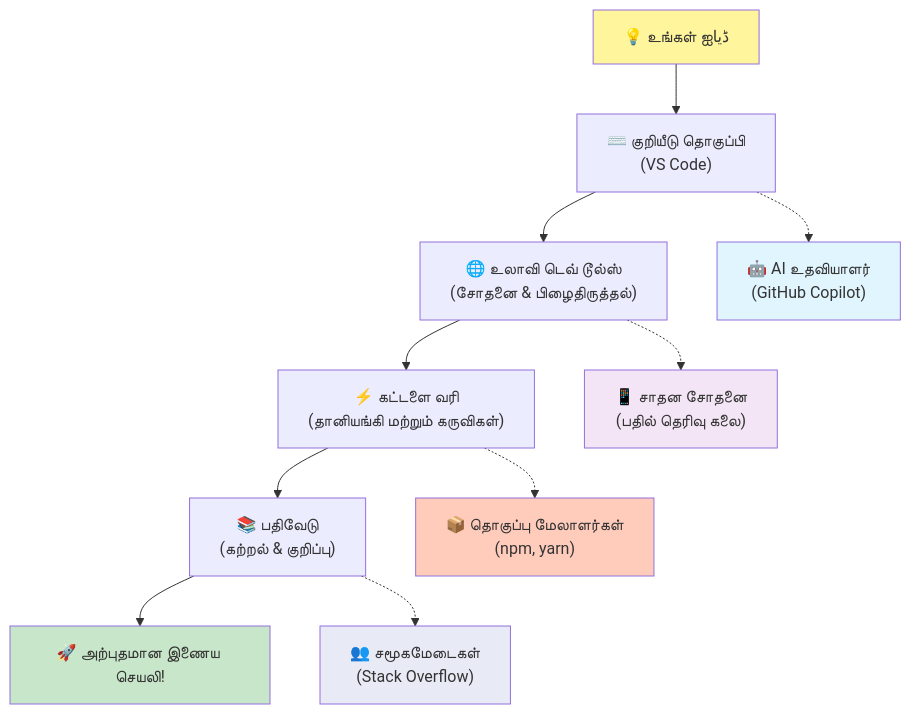
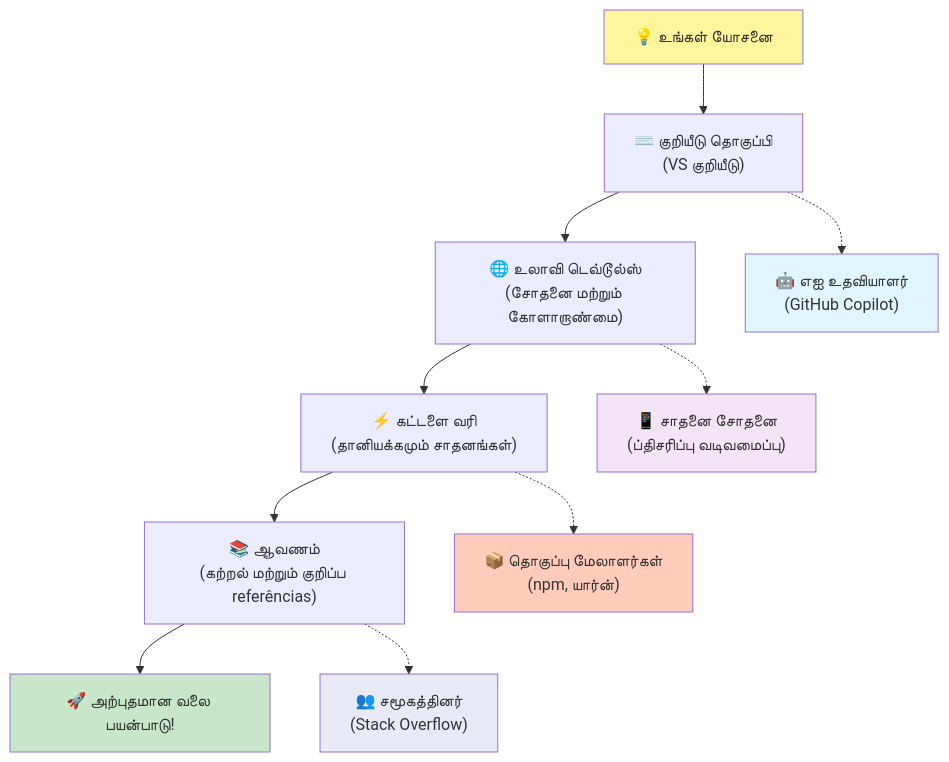
The fifth of 7 diagrams in translations/ta/1-getting-started-lessons/1-intro-to-programming-languages/README.md (microsoft/Web-Dev-For-Beginners), drawn with Mermaid before and after one commit. The commit also changed other lines of this file and 8 other files, not shown here.

````diff
--- a/translations/ta/1-getting-started-lessons/1-intro-to-programming-languages/README.md
+++ b/translations/ta/1-getting-started-lessons/1-intro-to-programming-languages/README.md
@@ -484,20 +487,20 @@
 ```mermaid
 graph TD
-    A["💡 உங்கள் ஐڈیا"] --> B["⌨️ குறியீடு தொகுப்பி<br/>(VS Code)"] 
-    B --> C["🌐 உலாவி டெவ் டூல்ஸ்<br/>(சோதனை & பிழைதிருத்தல்)"]
-    C --> D["⚡ கட்டளை வரி<br/>(தானியங்கி மற்றும் கருவிகள்)"]
-    D --> E["📚 பதிவேடு<br/>(கற்றல் & குறிப்பு)"]
-    E --> F["🚀 அற்புதமான இணைய செயலி!"]
+    A["💡 உங்கள் யோசனை"] --> B["⌨️ குறியீடு தொகுப்பி<br/>(VS குறியீடு)"] 
+    B --> C["🌐 உலாவி டெவ்டூல்ஸ்<br/>(சோதனை மற்றும் கோளாறாண்மை)"]
+    C --> D["⚡ கட்டளை வரி<br/>(தானியக்கமும் சாதனங்கள்)"]
+    D --> E["📚 ஆவணம்<br/>(கற்றல் மற்றும் குறிப்ப referências)"]
+    E --> F["🚀 அற்புதமான வலை பயன்பாடு!"]
     
-    B -.-> G["🤖 AI உதவியாளர்<br/>(GitHub Copilot)"]
-    C -.-> H["📱 சாதன சோதனை<br/>(பதில் தெரிவு கலை)"]
-    D -.-> I["📦 தொகுப்பு மேலாளர்கள்<br/>(npm, yarn)"]
-    E -.-> J["👥 சமூகமேடைகள்<br/>(Stack Overflow)"]
+    B -.-> G["🤖 எஐ உதவியாளர்<br/>(GitHub Copilot)"]
+    C -.-> H["📱 சாதனை சோதனை<br/>(ப்திசரிப்பு வடிவமைப்பு)"]
+    D -.-> I["📦 தொகுப்பு மேலாளர்கள்<br/>(npm, யார்ன்)"]
+    E -.-> J["👥 சமூகத்தினர்<br/>(Stack Overflow)"]
     
     style A fill:#fff59d
     style F fill:#c8e6c9
     style G fill:#e1f5fe
     style H fill:#f3e5f5
     style I fill:#ffccbc
     style J fill:#e8eaf6
 ```
````
